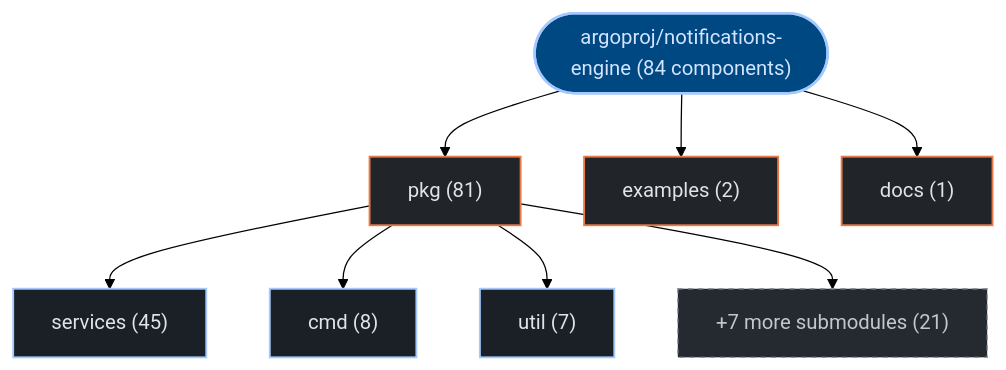
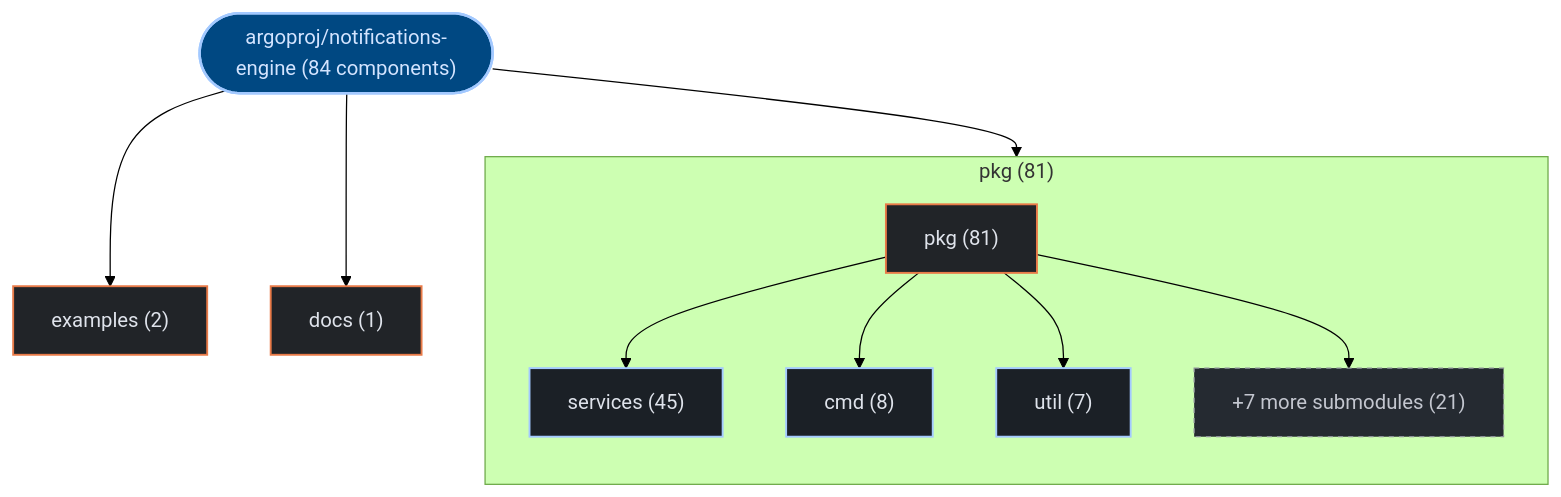
One commit to kumarshaz/atruss-code-atlas changed the first of 3 diagrams in exports/latest/reports/argoproj-notifications-engine-report.md. Above: the diagram before and after it, drawn with Mermaid (forest theme). The commit also changed 178 other files, not shown here.

Commit message:
feat(ui,mermaid): upgrade to mermaid v12 + ELK layout, add orgs-summary + pagination, subgraph building blocks, fix tab alignment

````diff
--- a/exports/latest/reports/argoproj-notifications-engine-report.md
+++ b/exports/latest/reports/argoproj-notifications-engine-report.md
@@ -42,25 +42,28 @@
 ```mermaid
 graph TD;
   classDef atlasRoot fill:#004882,stroke:#a3c9ff,stroke-width:2px,color:#d3e4ff
   classDef atlasCategory fill:#212428,stroke:#E87A48,stroke-width:1.5px,color:#dfe3eb
   classDef atlasWorkflow fill:#1b2026,stroke:#a3c9ff,stroke-width:1.5px,color:#dfe3eb
   classDef atlasJob fill:#171c22,stroke:#8d9199,stroke-width:1px,color:#dfe3eb
   classDef atlasTarget fill:#005227,stroke:#8bd99b,stroke-width:1.5px,color:#a7f6b6
   classDef atlasAlert fill:#93000a,stroke:#ffb4ab,stroke-width:1.5px,color:#ffdad6
   classDef atlasMore fill:#252a31,stroke:#8d9199,stroke-dasharray:4 4,color:#c3c6cf
     repo_root(["argoproj/notifications-engine (84 components)"]):::atlasRoot
-    dir_0_pkg["pkg (81)"]:::atlasCategory
+    subgraph sg_dir_0_pkg["pkg (81)"]
+      direction TB
+      dir_0_pkg["pkg (81)"]:::atlasCategory
+      sub_0_0_services["services (45)"]:::atlasWorkflow
+      dir_0_pkg --> sub_0_0_services
+      sub_0_1_cmd["cmd (8)"]:::atlasWorkflow
+      dir_0_pkg --> sub_0_1_cmd
+      sub_0_2_util["util (7)"]:::atlasWorkflow
+      dir_0_pkg --> sub_0_2_util
+      sub_0_more["+7 more submodules (21)"]:::atlasMore
+      dir_0_pkg --> sub_0_more
+    end
     repo_root --> dir_0_pkg
-    sub_0_0_services["services (45)"]:::atlasWorkflow
-    dir_0_pkg --> sub_0_0_services
-    sub_0_1_cmd["cmd (8)"]:::atlasWorkflow
-    dir_0_pkg --> sub_0_1_cmd
-    sub_0_2_util["util (7)"]:::atlasWorkflow
-    dir_0_pkg --> sub_0_2_util
-    sub_0_more["+7 more submodules (21)"]:::atlasMore
-    dir_0_pkg --> sub_0_more
     dir_1_examples["examples (2)"]:::atlasCategory
     repo_root --> dir_1_examples
     dir_2_docs["docs (1)"]:::atlasCategory
     repo_root --> dir_2_docs
 ```
````
